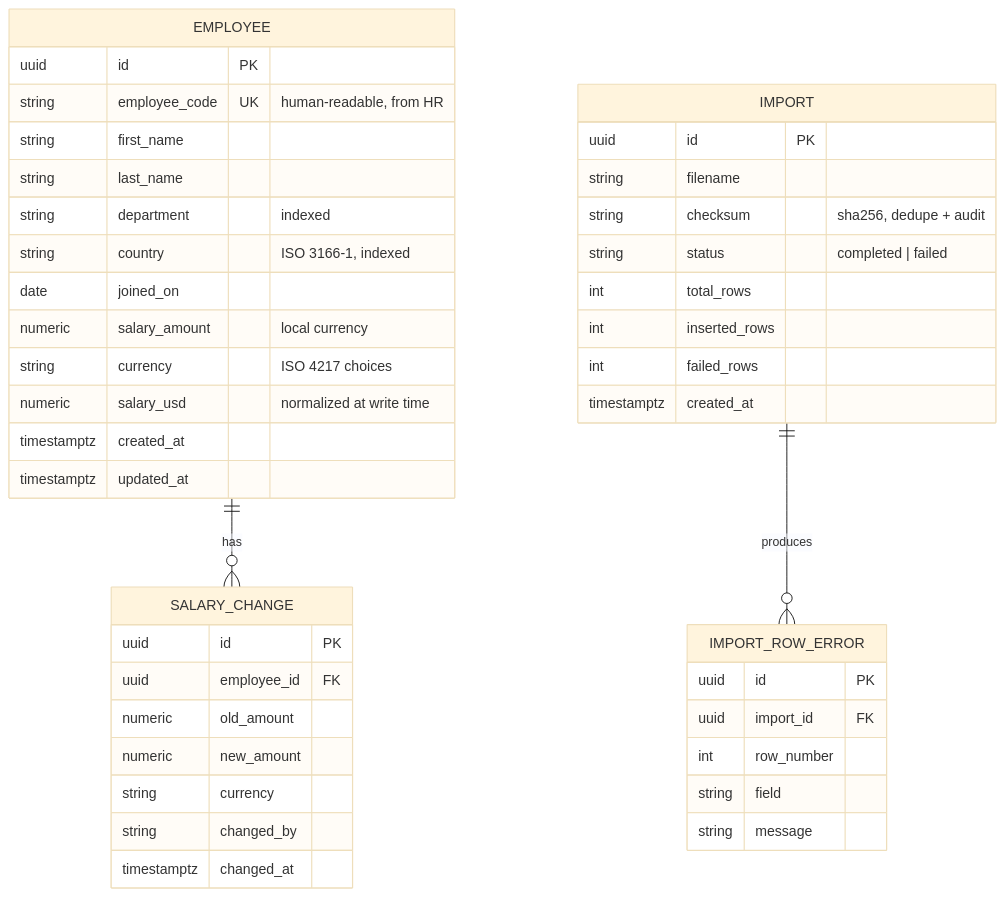
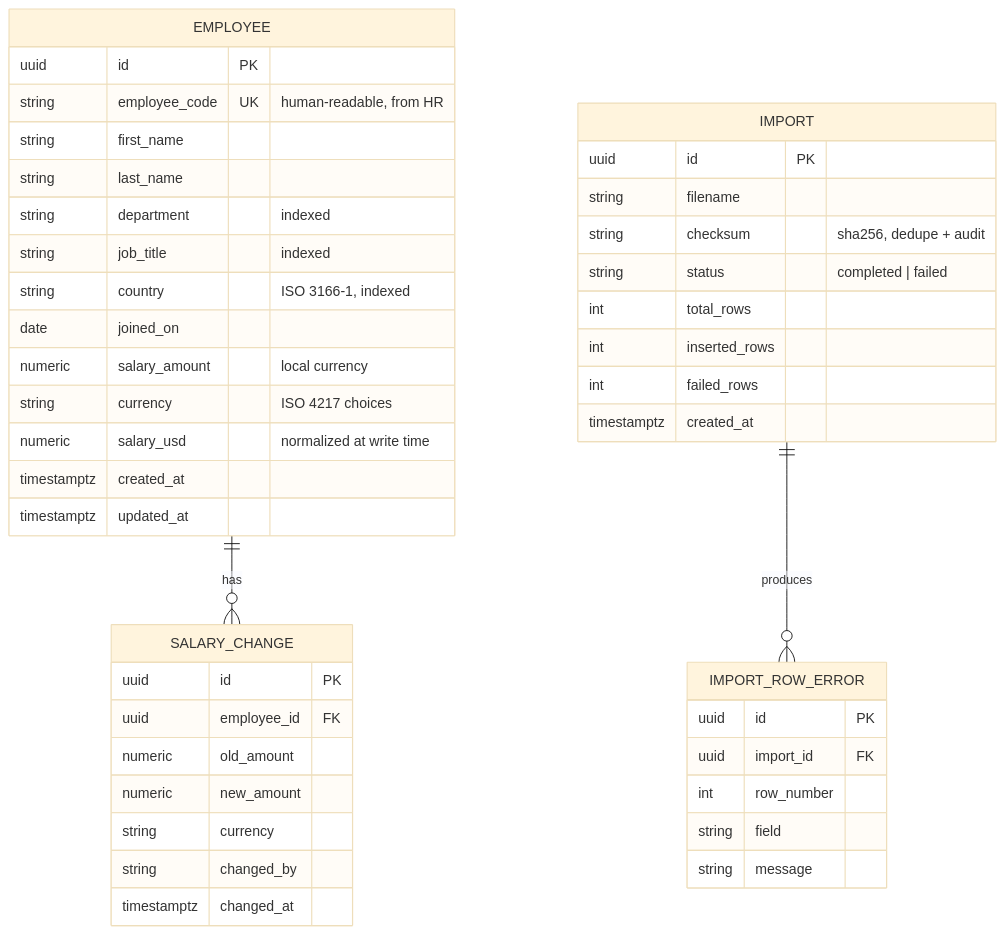
The second of 2 diagrams in docs/ARCHITECTURE.md (kunal-kejriwal/acme-salary), drawn with Mermaid (base theme) before and after one commit. The commit also changed other lines of this file and 4 other files, not shown here.

````diff
--- a/docs/ARCHITECTURE.md
+++ b/docs/ARCHITECTURE.md
@@ -43,45 +43,46 @@
 ```mermaid
 erDiagram
     EMPLOYEE ||--o{ SALARY_CHANGE : has
     IMPORT ||--o{ IMPORT_ROW_ERROR : produces
     EMPLOYEE {
         uuid id PK
         string employee_code UK "human-readable, from HR"
         string first_name
         string last_name
         string department "indexed"
+        string job_title "indexed"
         string country "ISO 3166-1, indexed"
         date joined_on
         numeric salary_amount "local currency"
         string currency "ISO 4217 choices"
         numeric salary_usd "normalized at write time"
         timestamptz created_at
         timestamptz updated_at
     }
     SALARY_CHANGE {
         uuid id PK
         uuid employee_id FK
         numeric old_amount
         numeric new_amount
         string currency
         string changed_by
         timestamptz changed_at
     }
     IMPORT {
         uuid id PK
         string filename
         string checksum "sha256, dedupe + audit"
         string status "completed | failed"
         int total_rows
         int inserted_rows
         int failed_rows
         timestamptz created_at
     }
     IMPORT_ROW_ERROR {
         uuid id PK
         uuid import_id FK
         int row_number
         string field
         string message
     }
 ```
````
